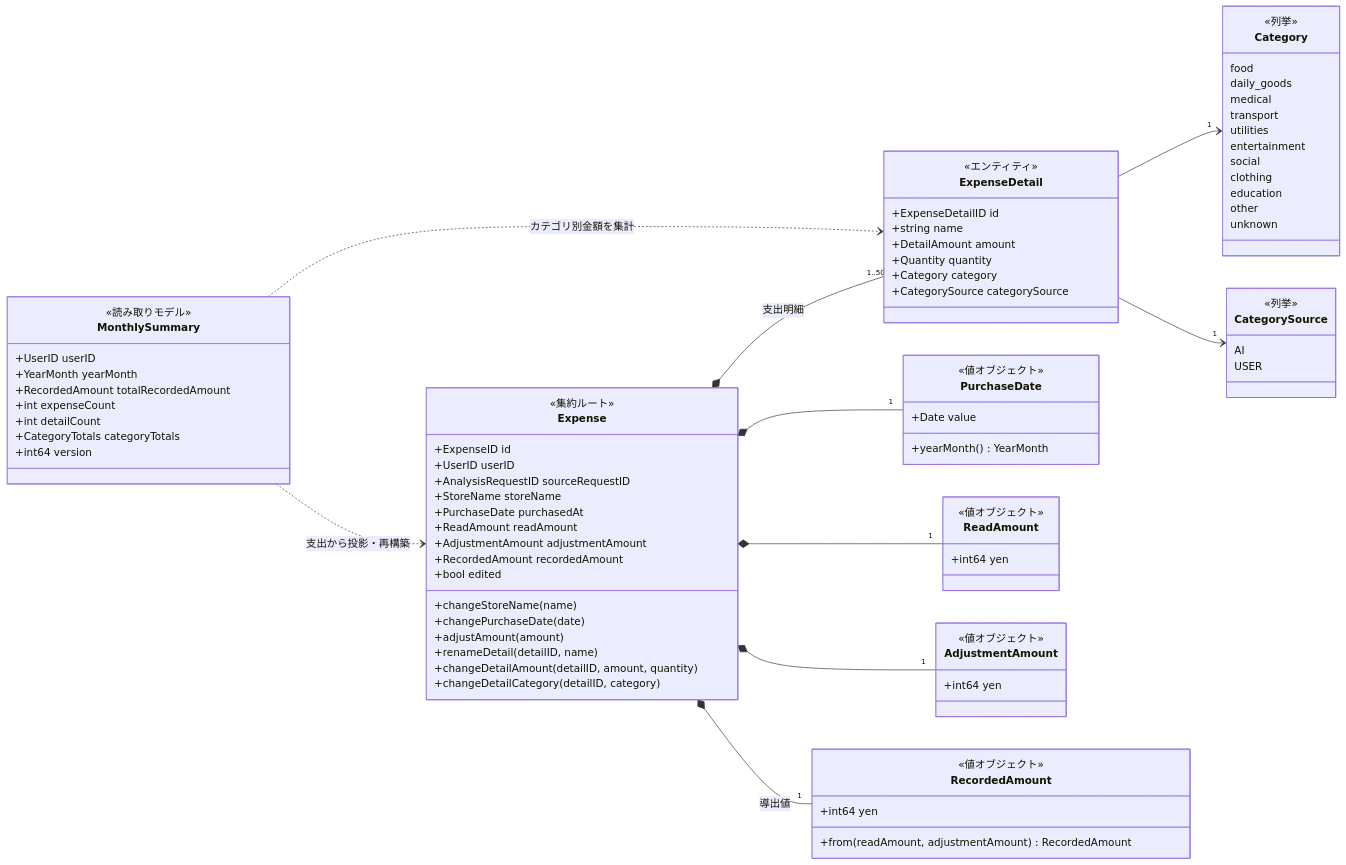
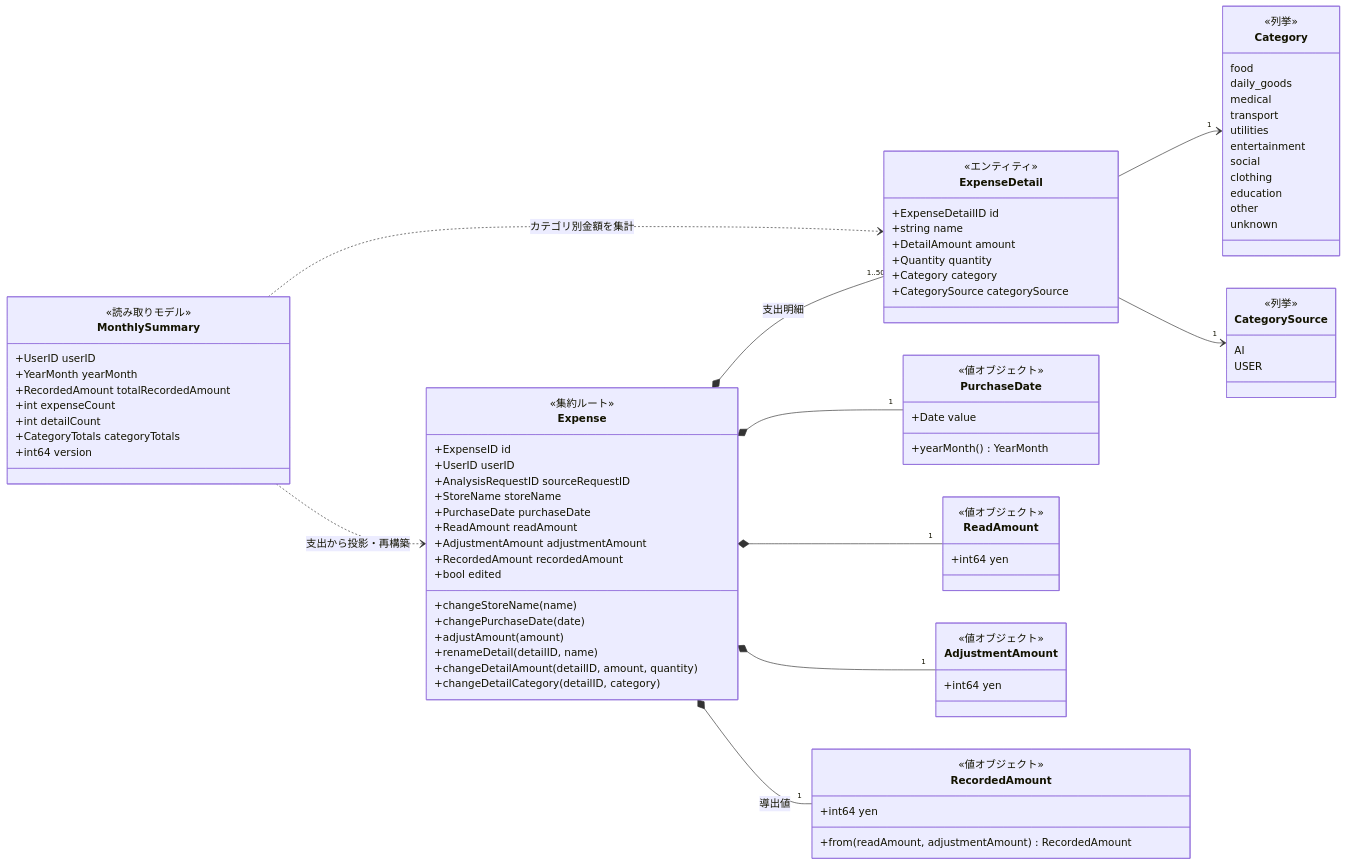
The third of 4 diagrams in docs/ddd/domain-model-diagram.md (shrimptails-f/snap_kakeibo), drawn with Mermaid before and after one commit. The commit also changed other lines of this file and 161 other files, not shown here.

```diff
--- a/docs/ddd/domain-model-diagram.md
+++ b/docs/ddd/domain-model-diagram.md
@@ -117,7 +127,7 @@
         +UserID userID
         +AnalysisRequestID sourceRequestID
         +StoreName storeName
-        +PurchaseDate purchasedAt
+        +PurchaseDate purchaseDate
         +ReadAmount readAmount
         +AdjustmentAmount adjustmentAmount
         +RecordedAmount recordedAmount
```
